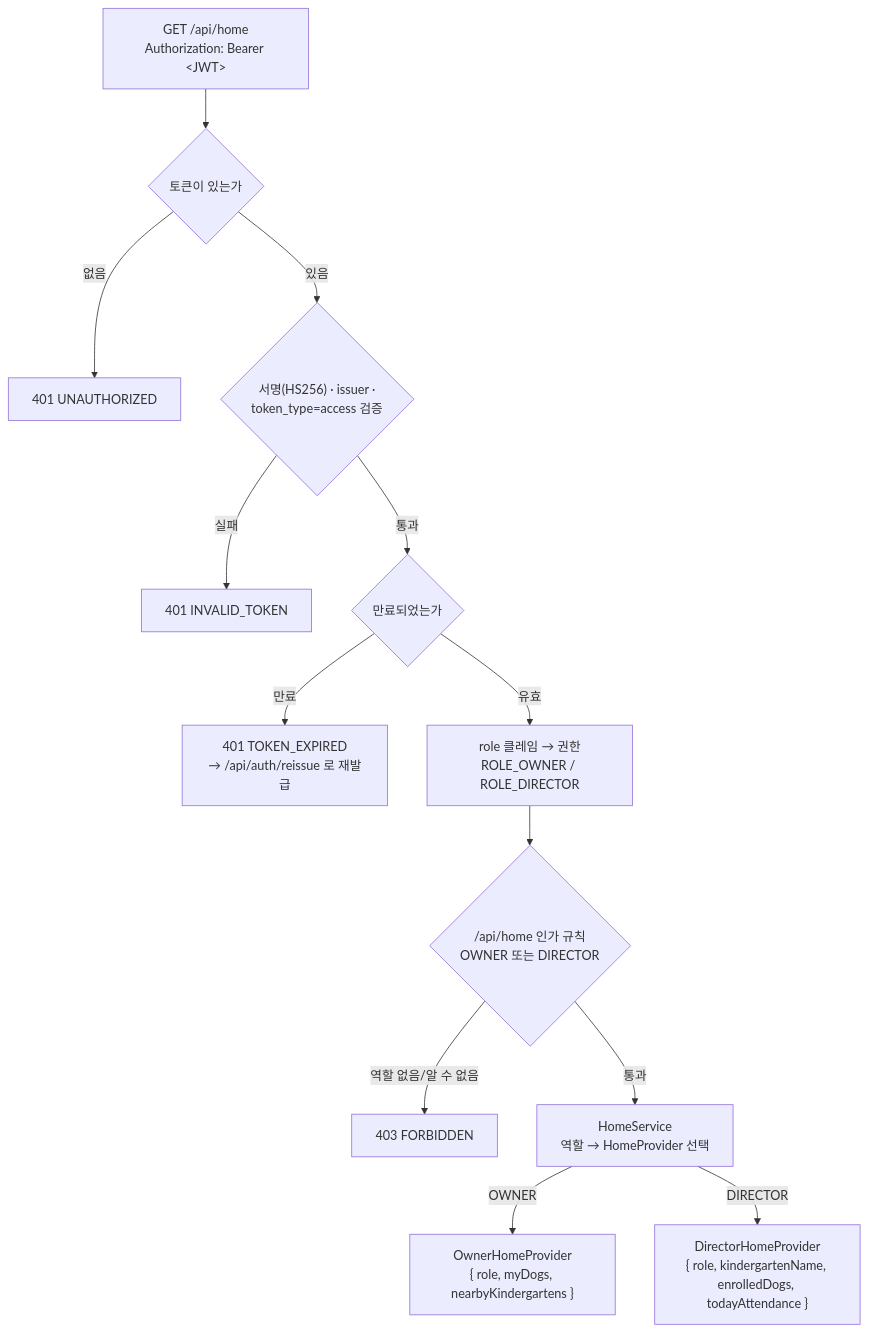
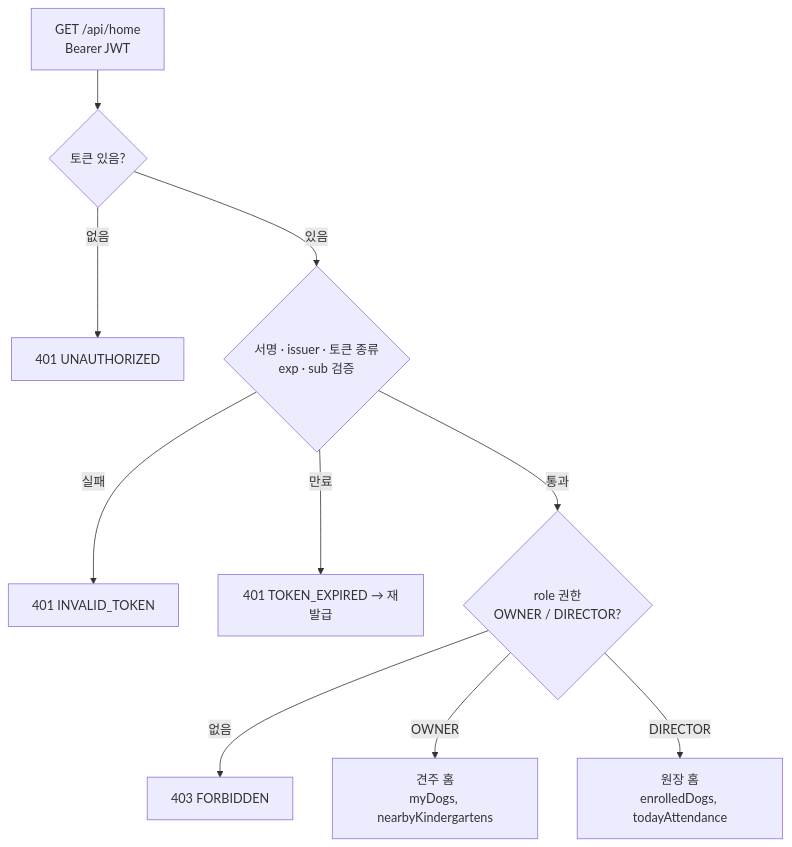
One commit to jeonchaerim/puppy-kindergarten-api changed the second of 2 diagrams in README.md. Above: the diagram before and after it, drawn with Mermaid. The commit also changed other lines of this file, not shown here.

````diff
--- a/README.md
+++ b/README.md
@@ -49,15 +47,12 @@
 ```mermaid
 flowchart TD
-    A["GET /api/home<br/>Authorization: Bearer &lt;JWT&gt;"] --> B{토큰이 있는가}
+    A["GET /api/home<br/>Bearer JWT"] --> B{토큰 있음?}
     B -- 없음 --> E1["401 UNAUTHORIZED"]
-    B -- 있음 --> C{"서명(HS256) · issuer ·<br/>token_type=access 검증"}
+    B -- 있음 --> C{"서명 · issuer · 토큰 종류<br/>exp · sub 검증"}
     C -- 실패 --> E2["401 INVALID_TOKEN"]
-    C -- 통과 --> D{만료되었는가}
-    D -- 만료 --> E3["401 TOKEN_EXPIRED<br/>→ /api/auth/reissue 로 재발급"]
-    D -- 유효 --> F["role 클레임 → 권한<br/>ROLE_OWNER / ROLE_DIRECTOR"]
-    F --> G{"/api/home 인가 규칙<br/>OWNER 또는 DIRECTOR"}
-    G -- 역할 없음/알 수 없음 --> E4["403 FORBIDDEN"]
-    G -- 통과 --> H["HomeService<br/>역할 → HomeProvider 선택"]
-    H -- OWNER --> I["OwnerHomeProvider<br/>{ role, myDogs, nearbyKindergartens }"]
-    H -- DIRECTOR --> J["DirectorHomeProvider<br/>{ role, kindergartenName, enrolledDogs, todayAttendance }"]
+    C -- 만료 --> E3["401 TOKEN_EXPIRED → 재발급"]
+    C -- 통과 --> G{"role 권한<br/>OWNER / DIRECTOR?"}
+    G -- 없음 --> E4["403 FORBIDDEN"]
+    G -- OWNER --> I["견주 홈<br/>myDogs, nearbyKindergartens"]
+    G -- DIRECTOR --> J["원장 홈<br/>enrolledDogs, todayAttendance"]
 ```
````
